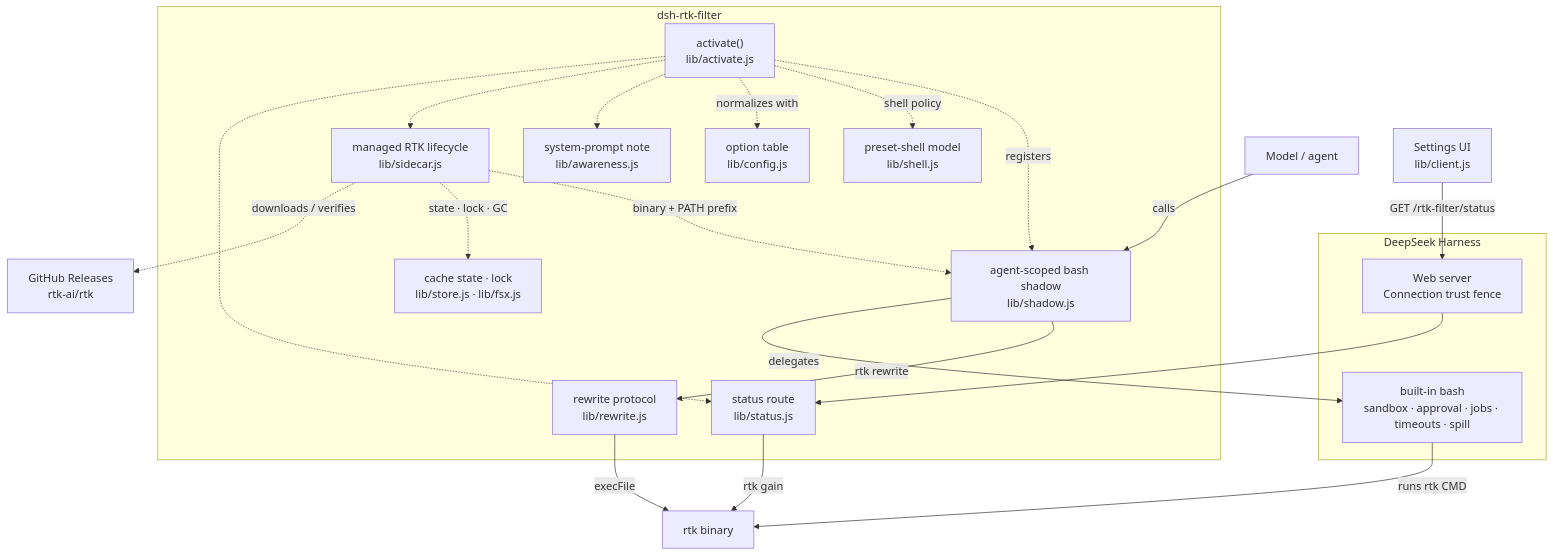
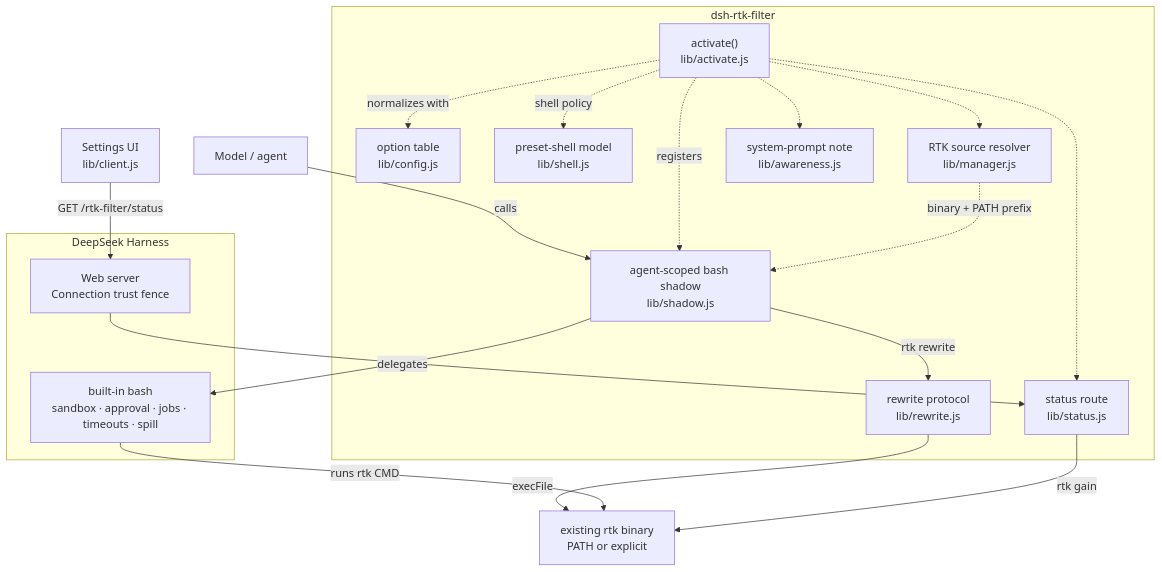
Before and after one commit to okamitimo233/dsh-rtk-filter: the diagram in README.md, drawn with Mermaid. The commit also changed other lines of this file and 34 other files, not shown here.

Commit message:
refactor: remove managed RTK binary lifecycle

````diff
--- a/README.md
+++ b/README.md
@@ -51,41 +51,37 @@
 ```mermaid
 flowchart TB
     Model["Model / agent"]
 
     subgraph Plugin["dsh-rtk-filter"]
         Activate["activate()<br/>lib/activate.js"]
         Config["option table<br/>lib/config.js"]
         Shell["preset-shell model<br/>lib/shell.js"]
         Shadow["agent-scoped bash shadow<br/>lib/shadow.js"]
         Rewrite["rewrite protocol<br/>lib/rewrite.js"]
-        Manager["managed RTK lifecycle<br/>lib/sidecar.js"]
-        Store["cache state · lock<br/>lib/store.js · lib/fsx.js"]
+        Manager["RTK source resolver<br/>lib/manager.js"]
         Prompt["system-prompt note<br/>lib/awareness.js"]
         Status["status route<br/>lib/status.js"]
     end
 
     subgraph Host["DeepSeek Harness"]
         Base["built-in bash<br/>sandbox · approval · jobs · timeouts · spill"]
         Web["Web server<br/>Connection trust fence"]
     end
 
-    RTK["rtk binary"]
-    Releases["GitHub Releases<br/>rtk-ai/rtk"]
+    RTK["existing rtk binary<br/>PATH or explicit"]
     Browser["Settings UI<br/>lib/client.js"]
 
     Model -->|"calls"| Shadow
     Shadow -->|"rtk rewrite"| Rewrite -->|"execFile"| RTK
     Shadow -->|"delegates"| Base -->|"runs rtk CMD"| RTK
 
     Activate -.->|"registers"| Shadow
     Activate -.->|"shell policy"| Shell
     Activate -.->|"normalizes with"| Config
     Activate -.-> Prompt
     Activate -.-> Manager
     Activate -.-> Status
     Manager -.->|"binary + PATH prefix"| Shadow
-    Manager -.->|"state · lock · GC"| Store
-    Manager -.->|"downloads / verifies"| Releases
 
     Browser -->|"GET /rtk-filter/status"| Web --> Status -->|"rtk gain"| RTK
 ```
````
